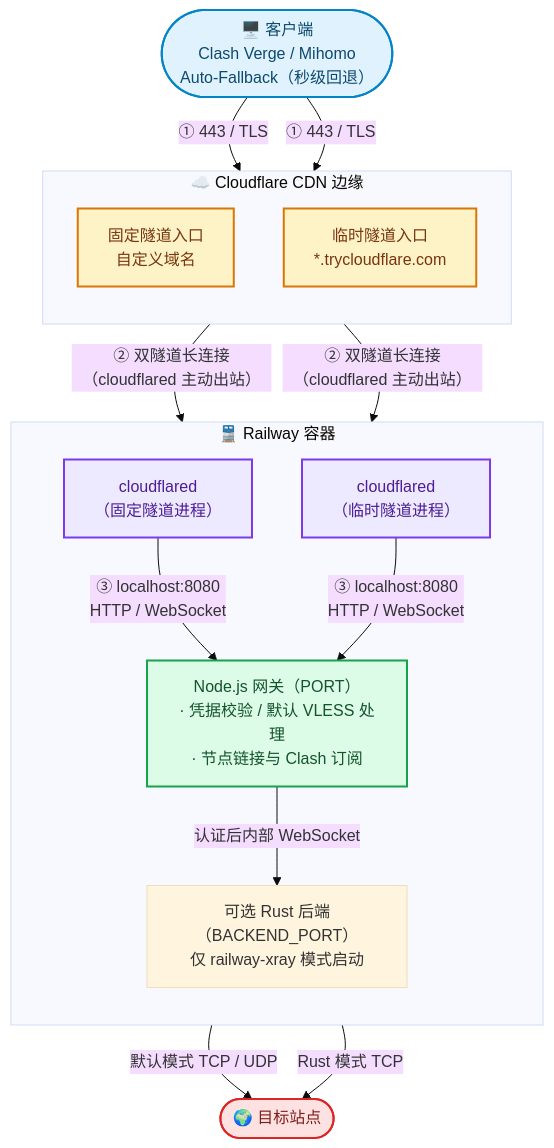
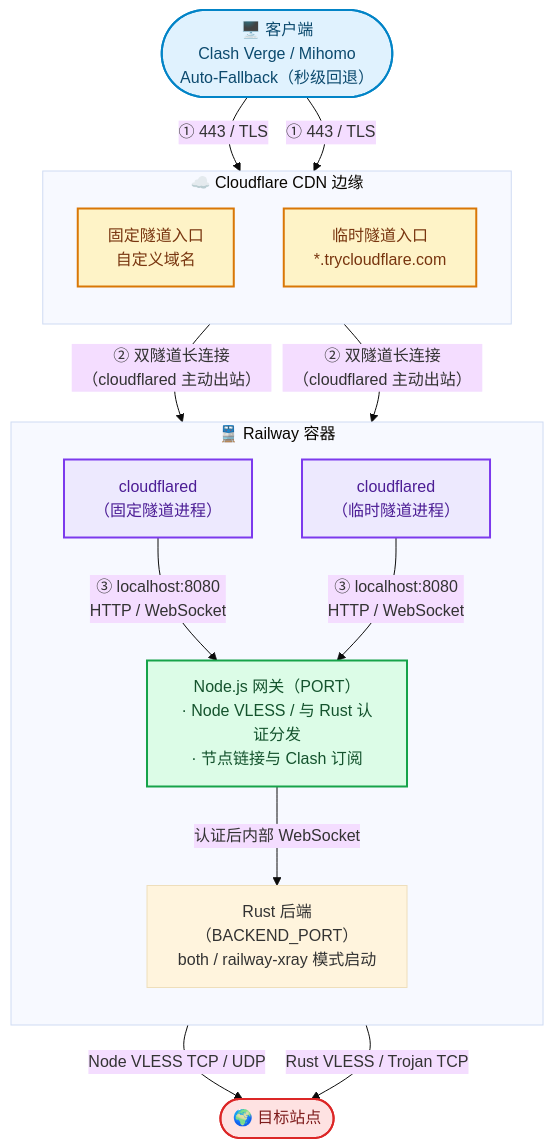
One commit to sam77889/railway-go changed the diagram in README.md. Above: the diagram before and after it, drawn with Mermaid (base theme). The commit also changed other lines of this file and 12 other files, not shown here.

First line of the commit message:
feat: run Node and Railway Xray backends together by default

````diff
--- a/README.md
+++ b/README.md
@@ -41,42 +44,42 @@
 ```mermaid
 flowchart TD
     Client(["🖥️ 客户端<br/>Clash Verge / Mihomo<br/>Auto-Fallback（秒级回退）"])
 
     subgraph CDN["☁️ Cloudflare CDN 边缘"]
         direction TB
         FixedEntry["固定隧道入口<br/>自定义域名"]
         TmpEntry["临时隧道入口<br/>*.trycloudflare.com"]
     end
 
     subgraph Rail["🚆 Railway 容器"]
         direction TB
         CFFixed["cloudflared<br/>（固定隧道进程）"]
         CFTmp["cloudflared<br/>（临时隧道进程）"]
-        Node["Node.js 网关（PORT）<br/>· 凭据校验 / 默认 VLESS 处理<br/>· 节点链接与 Clash 订阅"]
-        Rust["可选 Rust 后端（BACKEND_PORT）<br/>仅 railway-xray 模式启动"]
+        Node["Node.js 网关（PORT）<br/>· Node VLESS / 与 Rust 认证分发<br/>· 节点链接与 Clash 订阅"]
+        Rust["Rust 后端（BACKEND_PORT）<br/>both / railway-xray 模式启动"]
         CFFixed -->|"③ localhost:8080<br/>HTTP / WebSocket"| Node
         CFTmp -->|"③ localhost:8080<br/>HTTP / WebSocket"| Node
         Node -->|"认证后内部 WebSocket"| Rust
     end
 
     Target(["🌍 目标站点"])
 
     Client -->|"① 443 / TLS"| FixedEntry
     Client -->|"① 443 / TLS"| TmpEntry
     FixedEntry -->|"② 双隧道长连接（cloudflared 主动出站）"| CFFixed
     TmpEntry -->|"② 双隧道长连接（cloudflared 主动出站）"| CFTmp
-    Node -->|"默认模式 TCP / UDP"| Target
-    Rust -->|"Rust 模式 TCP"| Target
+    Node -->|"Node VLESS TCP / UDP"| Target
+    Rust -->|"Rust VLESS / Trojan TCP"| Target
 
     classDef client fill:#e0f2fe,stroke:#0284c7,stroke-width:2px,color:#0c4a6e
     classDef cdn fill:#fef3c7,stroke:#d97706,stroke-width:2px,color:#78350f
     classDef proc fill:#ede9fe,stroke:#7c3aed,stroke-width:2px,color:#4c1d95
     classDef nodejs fill:#dcfce7,stroke:#16a34a,stroke-width:2px,color:#14532d
     classDef target fill:#fee2e2,stroke:#dc2626,stroke-width:2px,color:#7f1d1d
 
     class Client client
     class FixedEntry,TmpEntry cdn
     class CFFixed,CFTmp proc
     class Node nodejs
     class Target target
 ```
````
